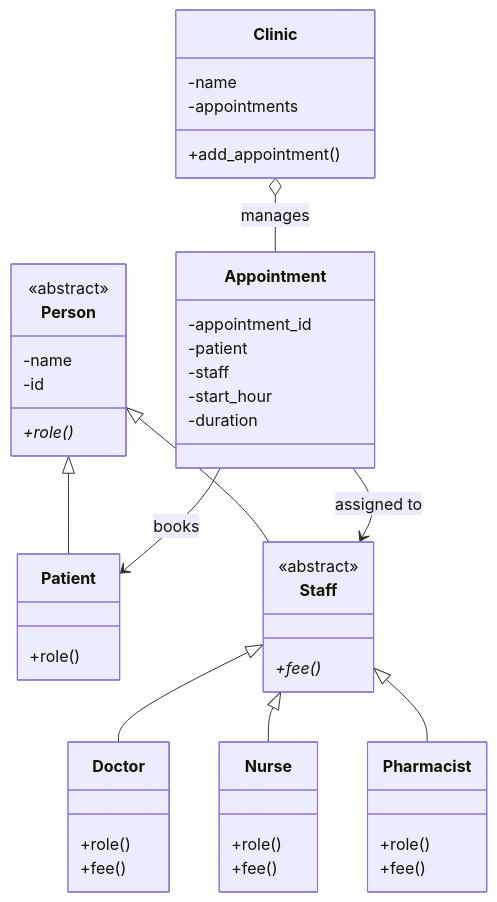
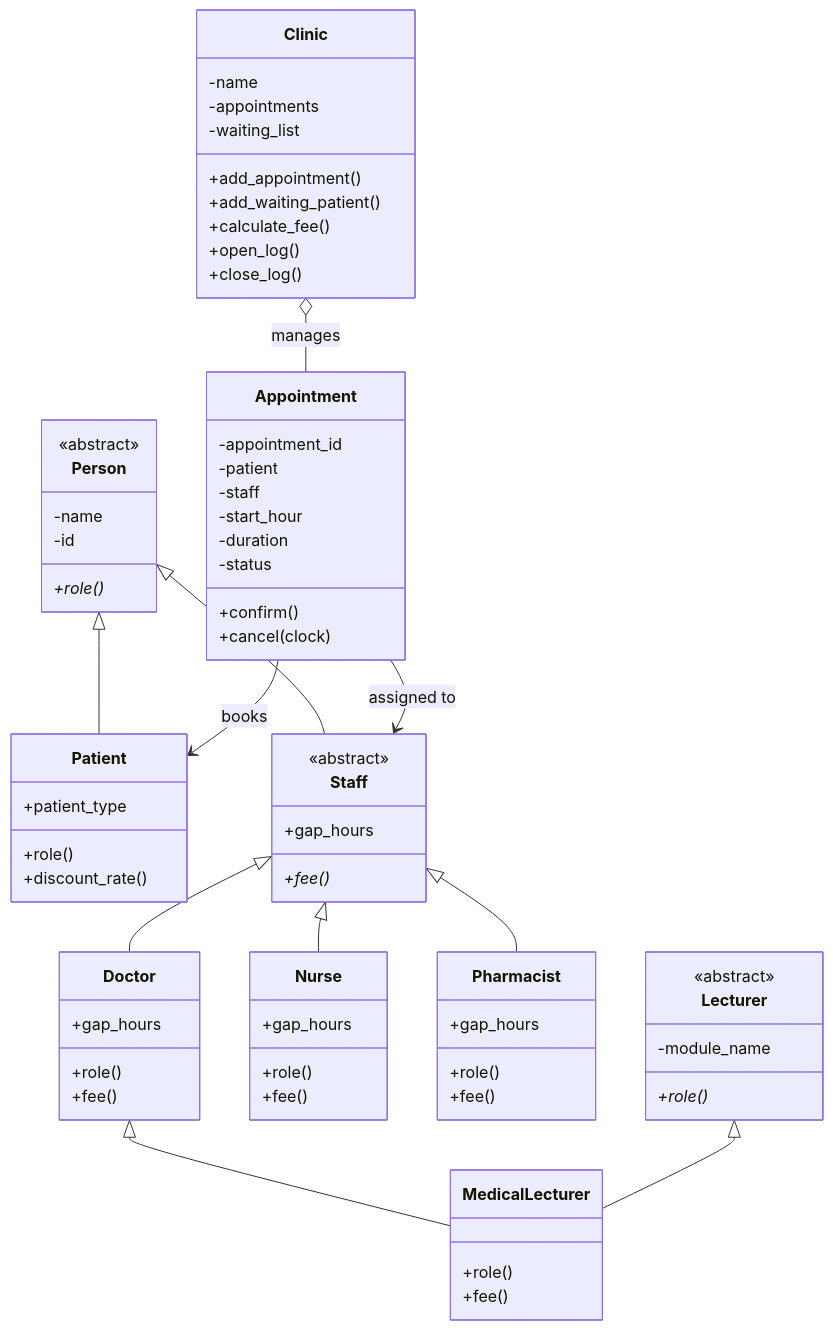
Before and after one commit to TENDOCODEX/clinic-appointment-system: the diagram in README.md, drawn with Mermaid. The commit also changed other lines of this file and 11 other files, not shown here.

```diff
--- a/README.md
+++ b/README.md
@@ -19,24 +19,41 @@
 
     class Patient {
         +role()
+        +patient_type
+        +discount_rate()
     }
 
     class Staff {
         <<abstract>>
         +fee()*
+        +gap_hours
     }
 
     class Doctor {
         +role()
         +fee()
+        +gap_hours
     }
 
     class Nurse {
         +role()
         +fee()
+        +gap_hours
     }
 
     class Pharmacist {
+        +role()
+        +fee()
+        +gap_hours
+    }
+
+    class Lecturer {
+        <<abstract>>
+        -module_name
+        +role()*
+    }
+
+    class MedicalLecturer {
         +role()
         +fee()
     }
@@ -47,12 +64,20 @@
         -staff
         -start_hour
         -duration
+        -status
+        +confirm()
+        +cancel(clock)
     }
 
     class Clinic {
         -name
         -appointments
+        -waiting_list
         +add_appointment()
+        +add_waiting_patient()
+        +calculate_fee()
+        +open_log()
+        +close_log()
     }
 
     Person <|-- Patient
@@ -60,6 +85,8 @@
     Staff <|-- Doctor
     Staff <|-- Nurse
     Staff <|-- Pharmacist
+    Doctor <|-- MedicalLecturer
+    Lecturer <|-- MedicalLecturer
     Appointment --> Patient : books
     Appointment --> Staff : assigned to
     Clinic o-- Appointment : manages
```
